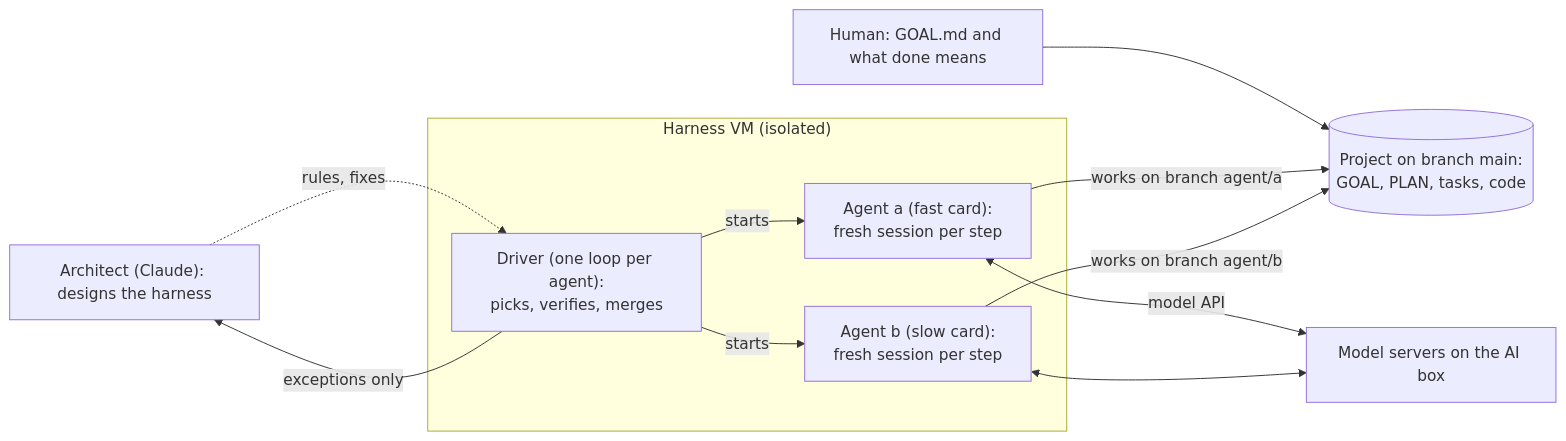
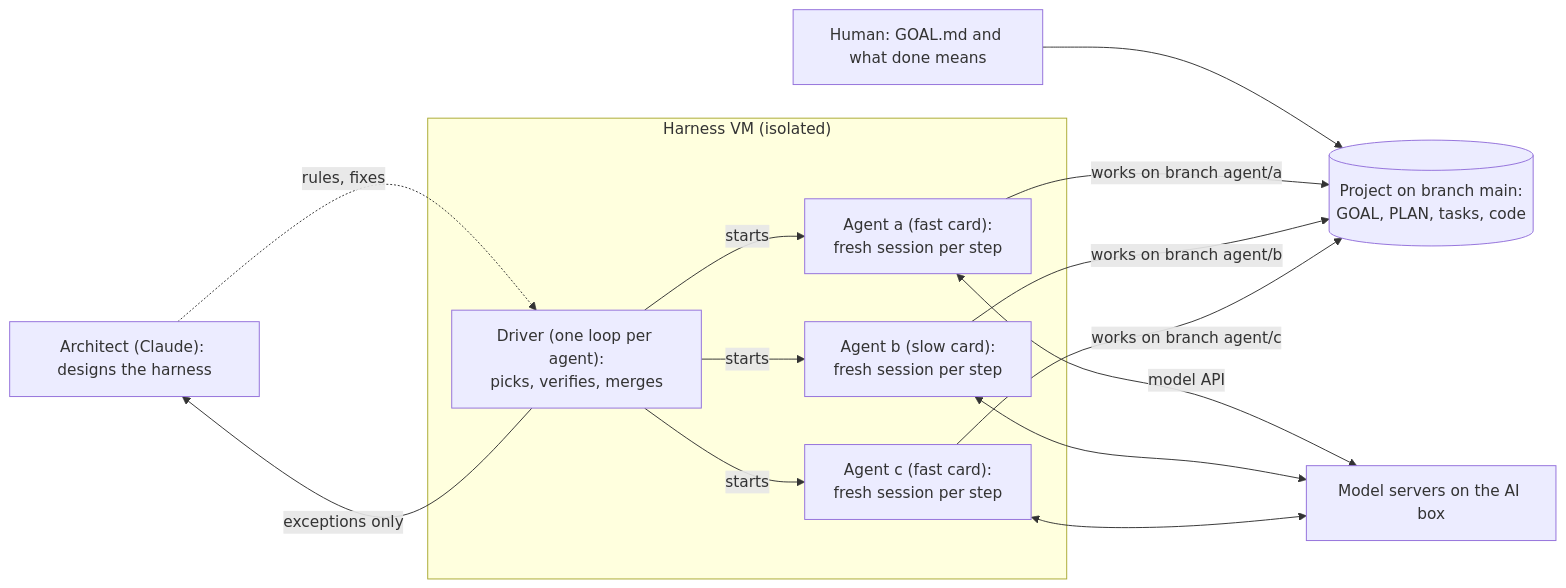
Before and after one commit to ethancorn21/Local-AI-Lab: the diagram in docs/how-it-works.md, drawn with Mermaid. The commit also changed other lines of this file and 8 other files, not shown here.

````diff
--- a/docs/how-it-works.md
+++ b/docs/how-it-works.md
@@ -34,17 +34,21 @@
 ```mermaid
 flowchart LR
     H["Human: GOAL.md and what done means"] --> M[("Project on branch main:<br/>GOAL, PLAN, tasks, code")]
     C["Architect (Claude): designs the harness"] -.->|rules, fixes| D
     subgraph VM["Harness VM (isolated)"]
         D["Driver (one loop per agent):<br/>picks, verifies, merges"]
         A["Agent a (fast card):<br/>fresh session per step"]
         B["Agent b (slow card):<br/>fresh session per step"]
+        AC["Agent c (fast card):<br/>fresh session per step"]
     end
     D -->|starts| A
     D -->|starts| B
+    D -->|starts| AC
     A -->|works on branch agent/a| M
     B -->|works on branch agent/b| M
+    AC -->|works on branch agent/c| M
     A <-->|model API| S["Model servers on the AI box"]
     B <--> S
+    AC <--> S
     D -->|exceptions only| C
 ```
````
